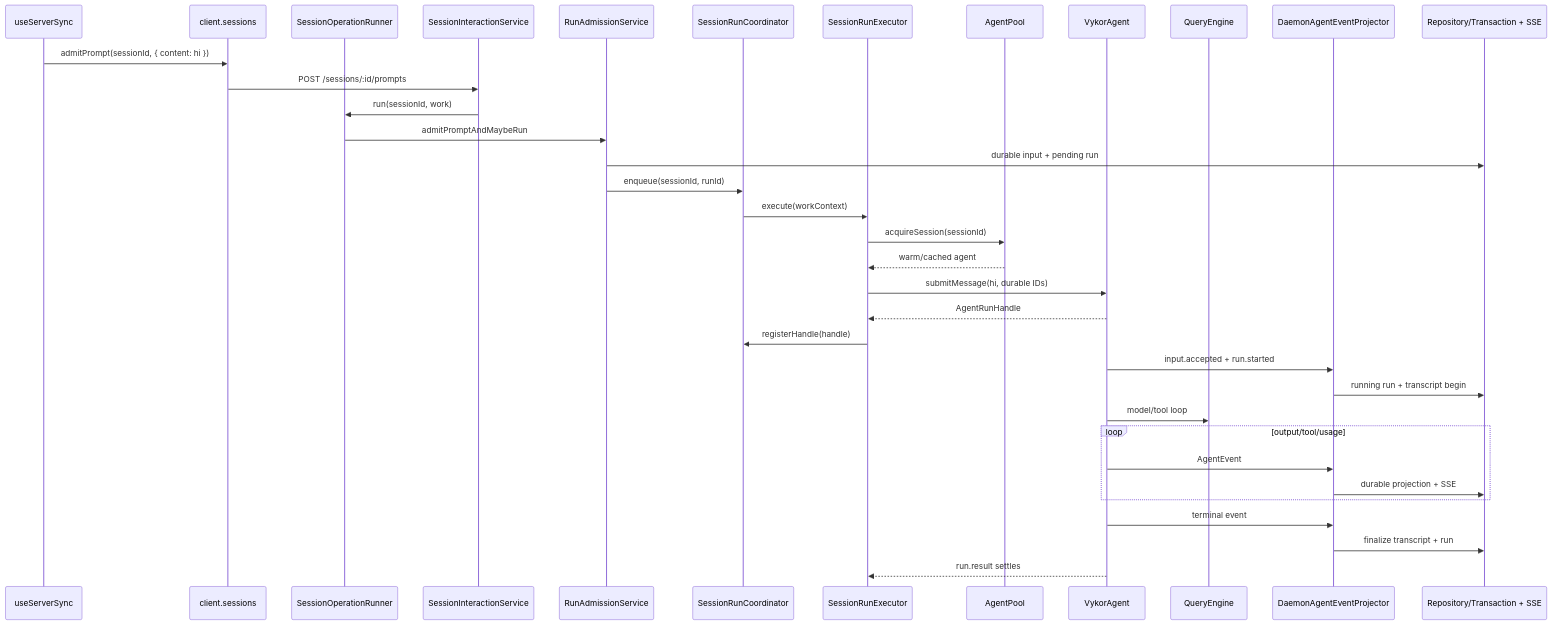
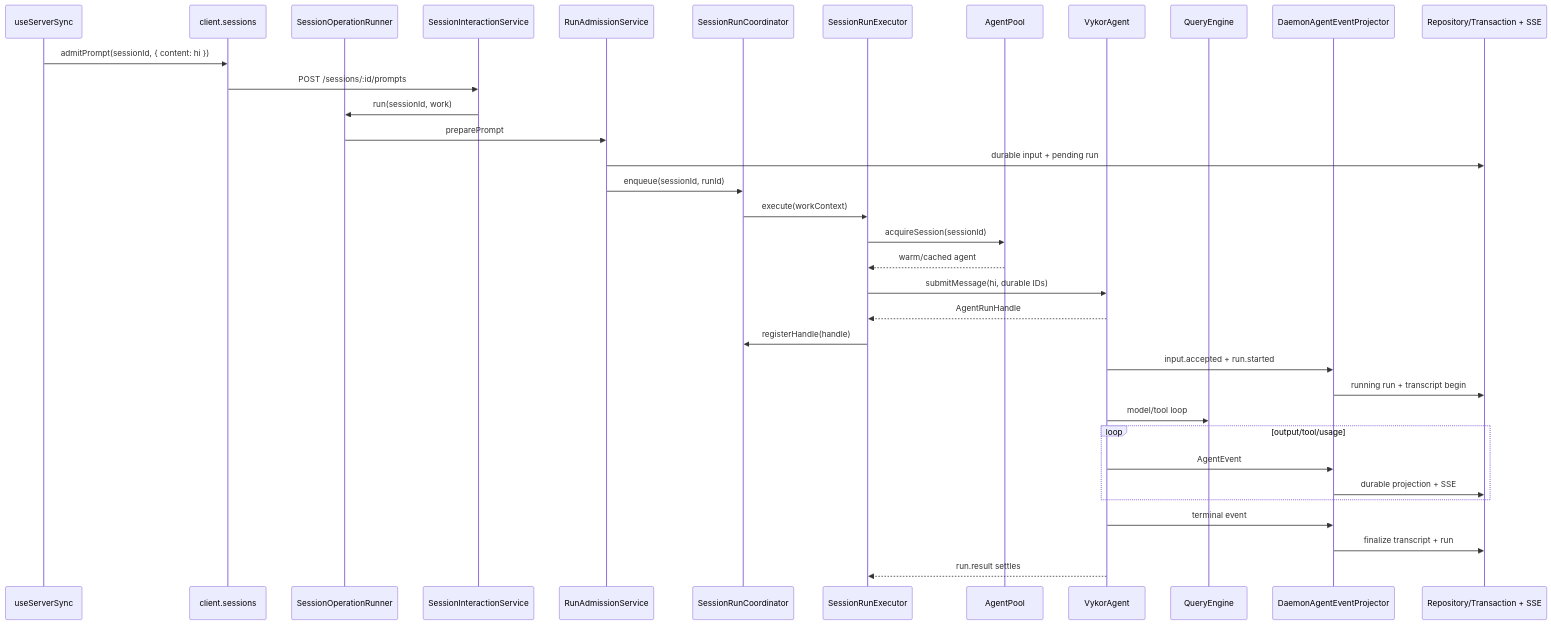
Before and after one commit to rzx007/Vykor: the second of 4 diagrams in docs/daemon-application-architecture.md, drawn with Mermaid. The commit also changed 79 other files, not shown here.

````diff
--- a/docs/daemon-application-architecture.md
+++ b/docs/daemon-application-architecture.md
@@ -143,38 +143,38 @@
 ```mermaid
 sequenceDiagram
   participant UI as useServerSync
   participant C as client.sessions
   participant R as SessionOperationRunner
   participant A as SessionInteractionService
   participant E as RunAdmissionService
   participant L as SessionRunCoordinator
   participant X as SessionRunExecutor
   participant P as AgentPool
   participant G as VykorAgent
   participant Q as QueryEngine
   participant D as DaemonAgentEventProjector
   participant S as Repository/Transaction + SSE
 
   UI->>C: admitPrompt(sessionId, { content: hi })
   C->>A: POST /sessions/:id/prompts
   A->>R: run(sessionId, work)
-  R->>E: admitPromptAndMaybeRun
+  R->>E: preparePrompt
   E->>S: durable input + pending run
   E->>L: enqueue(sessionId, runId)
   L->>X: execute(workContext)
   X->>P: acquireSession(sessionId)
   P-->>X: warm/cached agent
   X->>G: submitMessage(hi, durable IDs)
   G-->>X: AgentRunHandle
   X->>L: registerHandle(handle)
   G->>D: input.accepted + run.started
   D->>S: running run + transcript begin
   G->>Q: model/tool loop
   loop output/tool/usage
     G->>D: AgentEvent
     D->>S: durable projection + SSE
   end
   G->>D: terminal event
   D->>S: finalize transcript + run
   G-->>X: run.result settles
 ```
````
